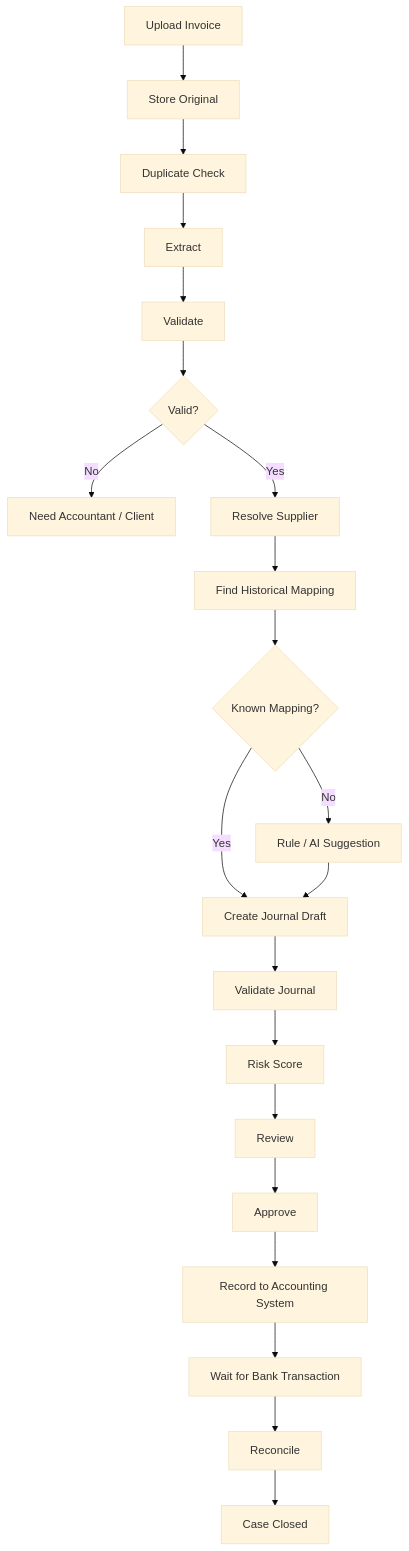
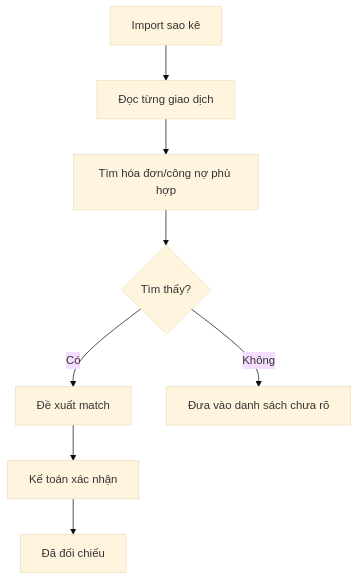
The fourth of 12 diagrams in tdd.md (huynv81/tomtax), drawn with Mermaid (base theme) before and after one commit. The commit also changed other lines of this file, not shown here.

````diff
--- a/tdd.md
+++ b/tdd.md
@@ -345,26 +404,12 @@
 ```mermaid
 flowchart TD
-    A[Upload Invoice] --> B[Store Original]
-    B --> C[Duplicate Check]
-    C --> D[Extract]
-    D --> E[Validate]
-    E --> F{Valid?}
+    A[Import sao kê] --> B[Đọc từng giao dịch]
+    B --> C[Tìm hóa đơn/công nợ phù hợp]
+    C --> D{Tìm thấy?}
 
-    F -->|No| G[Need Accountant / Client]
-    F -->|Yes| H[Resolve Supplier]
-    H --> I[Find Historical Mapping]
-    I --> J{Known Mapping?}
+    D -->|Có| E[Đề xuất match]
+    E --> F[Kế toán xác nhận]
+    F --> G[Đã đối chiếu]
 
-    J -->|Yes| K[Create Journal Draft]
-    J -->|No| L[Rule / AI Suggestion]
-    L --> K
-
-    K --> M[Validate Journal]
-    M --> N[Risk Score]
-    N --> O[Review]
-    O --> P[Approve]
-    P --> Q[Record to Accounting System]
-    Q --> R[Wait for Bank Transaction]
-    R --> S[Reconcile]
-    S --> T[Case Closed]
+    D -->|Không| H[Đưa vào danh sách chưa rõ]
 ```
````
